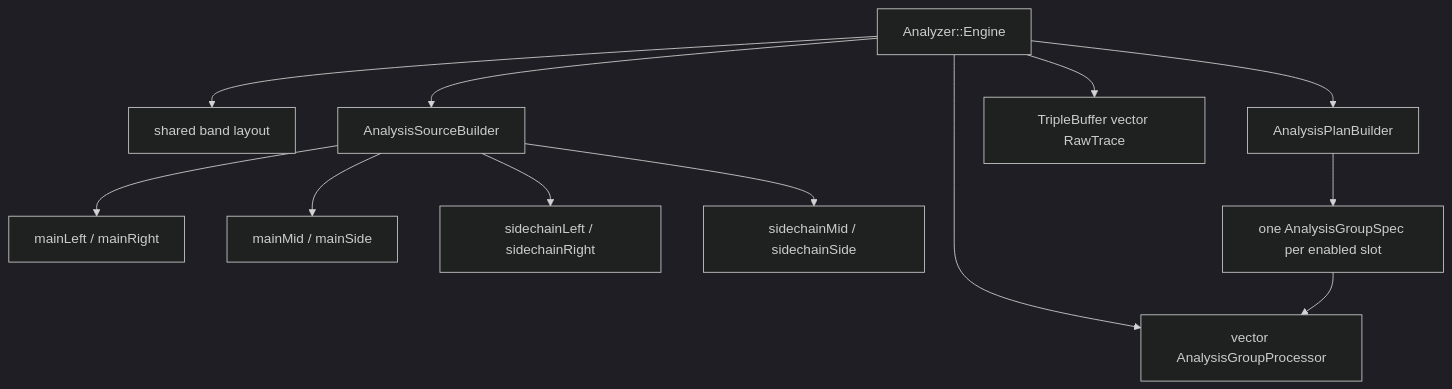
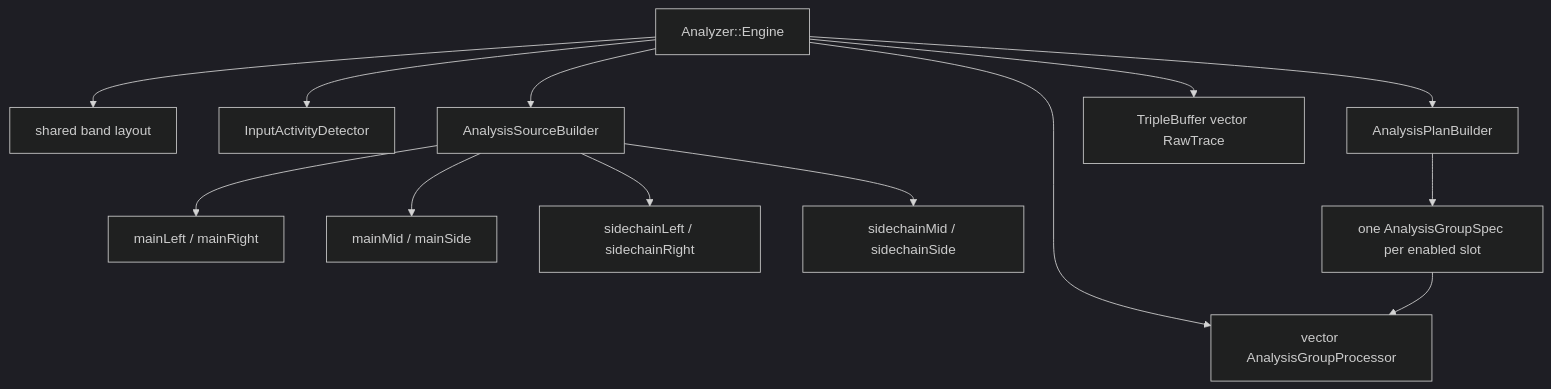
The third of 8 diagrams in docs/audio-processing-architecture.md (Silenterc/Band-Spectrum-Analyzer), drawn with Mermaid (dark theme) before and after one commit. The commit also changed other lines of this file and 17 other files, not shown here.

````diff
--- a/docs/audio-processing-architecture.md
+++ b/docs/audio-processing-architecture.md
@@ -42,16 +46,17 @@
 ```mermaid
 flowchart TD
     Engine[Analyzer::Engine] --> Bands[shared band layout]
+    Engine --> Activity[InputActivityDetector]
     Engine --> SourceBuilder[AnalysisSourceBuilder]
     Engine --> PlanBuilder[AnalysisPlanBuilder]
     Engine --> Processors[vector AnalysisGroupProcessor]
     Engine --> Published[TripleBuffer vector RawTrace]
 
     SourceBuilder --> MainViews[mainLeft / mainRight]
     SourceBuilder --> MainDerived[mainMid / mainSide]
     SourceBuilder --> SideViews[sidechainLeft / sidechainRight]
     SourceBuilder --> SideDerived[sidechainMid / sidechainSide]
 
     PlanBuilder --> Specs[one AnalysisGroupSpec per enabled slot]
     Specs --> Processors
 ```
````
